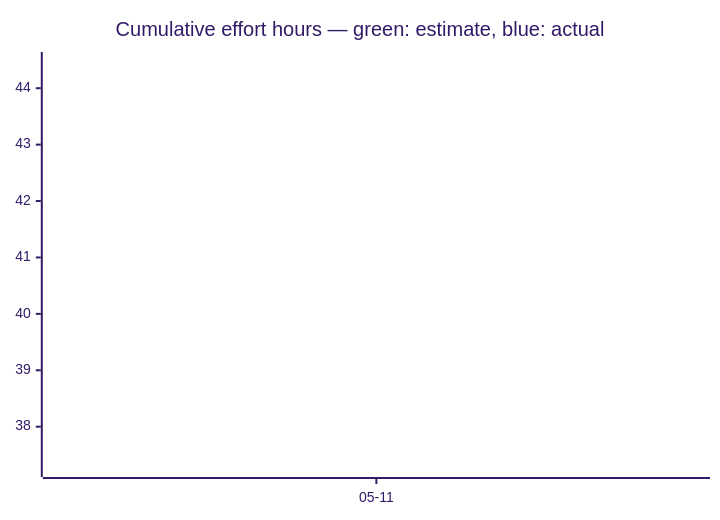
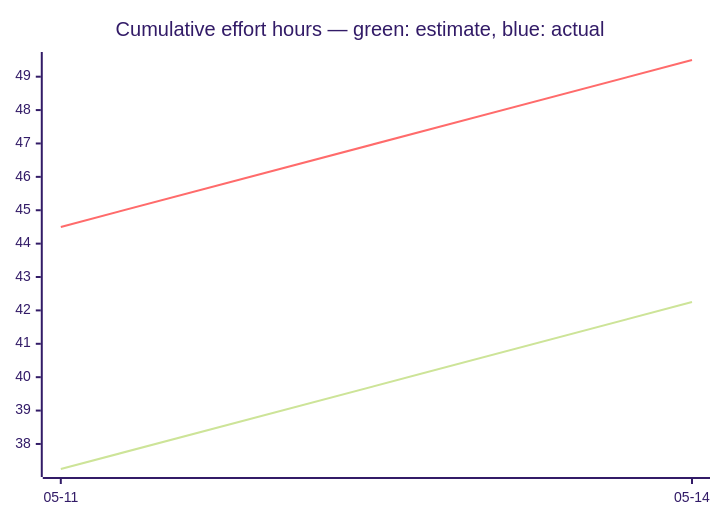
The third of 3 diagrams in docs/developers/tasks/OVERVIEW.md (tgd1975/AwesomeGuitarPedal), drawn with Mermaid (forest theme) before and after one commit. The commit also changed other lines of this file and 13 other files, not shown here.

````diff
--- a/docs/developers/tasks/OVERVIEW.md
+++ b/docs/developers/tasks/OVERVIEW.md
@@ -40,7 +40,7 @@
 ```mermaid
 xychart-beta
     title "Cumulative effort hours — green: estimate, blue: actual"
-    x-axis ["05-11"]
-    line [37.25]
-    line [44.5]
+    x-axis ["05-11", "05-14"]
+    line [37.25, 42.25]
+    line [44.5, 49.5]
 ```
````
